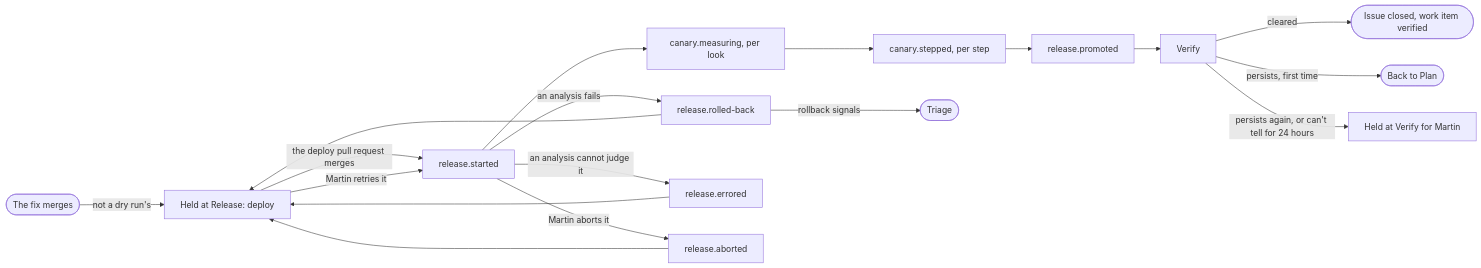
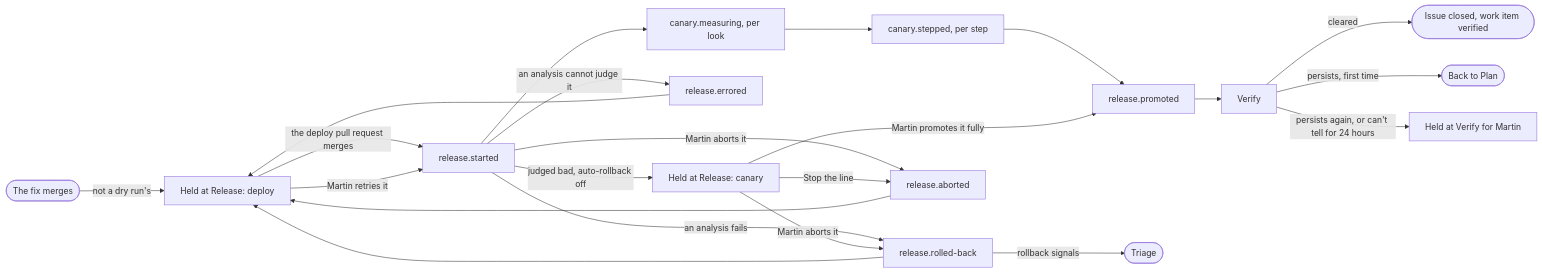
The diagram in docs/COMPONENTS/RELEASE-AND-VERIFY.md (mrogan/cv-software-factory), drawn with Mermaid before and after one commit. The commit also changed other lines of this file and 23 other files, not shown here.

First line of the commit message:
feat(release): hold a canary judged bad for Martin, and take his abort of it for a rollback (#741)

````diff
--- a/docs/COMPONENTS/RELEASE-AND-VERIFY.md
+++ b/docs/COMPONENTS/RELEASE-AND-VERIFY.md
@@ -9,20 +9,24 @@
 ```mermaid
 flowchart LR
   merged([The fix merges]) -- "not a dry run's" --> held[Held at Release: deploy]
   held -- the deploy pull request merges --> started[release.started]
   started --> measuring[canary.measuring, per look]
   measuring --> stepped[canary.stepped, per step]
   stepped --> promoted[release.promoted]
   started -- "an analysis fails" --> rolledback[release.rolled-back]
   started -- "an analysis cannot judge it" --> errored[release.errored]
   started -- "Martin aborts it" --> aborted[release.aborted]
+  started -- "judged bad, auto-rollback off" --> paused[Held at Release: canary]
+  paused -- "Martin promotes it fully" --> promoted
+  paused -- "Martin aborts it" --> rolledback
+  paused -- "Stop the line" --> aborted
   rolledback -- rollback signals --> triage([Triage])
   rolledback --> held
   errored --> held
   aborted --> held
   held -- "Martin retries it" --> started
   promoted --> verify[Verify]
   verify -- cleared --> closed([Issue closed, work item verified])
   verify -- persists, first time --> plan([Back to Plan])
   verify -- "persists again, or can't tell for 24 hours" --> hold[Held at Verify for Martin]
 ```
````
